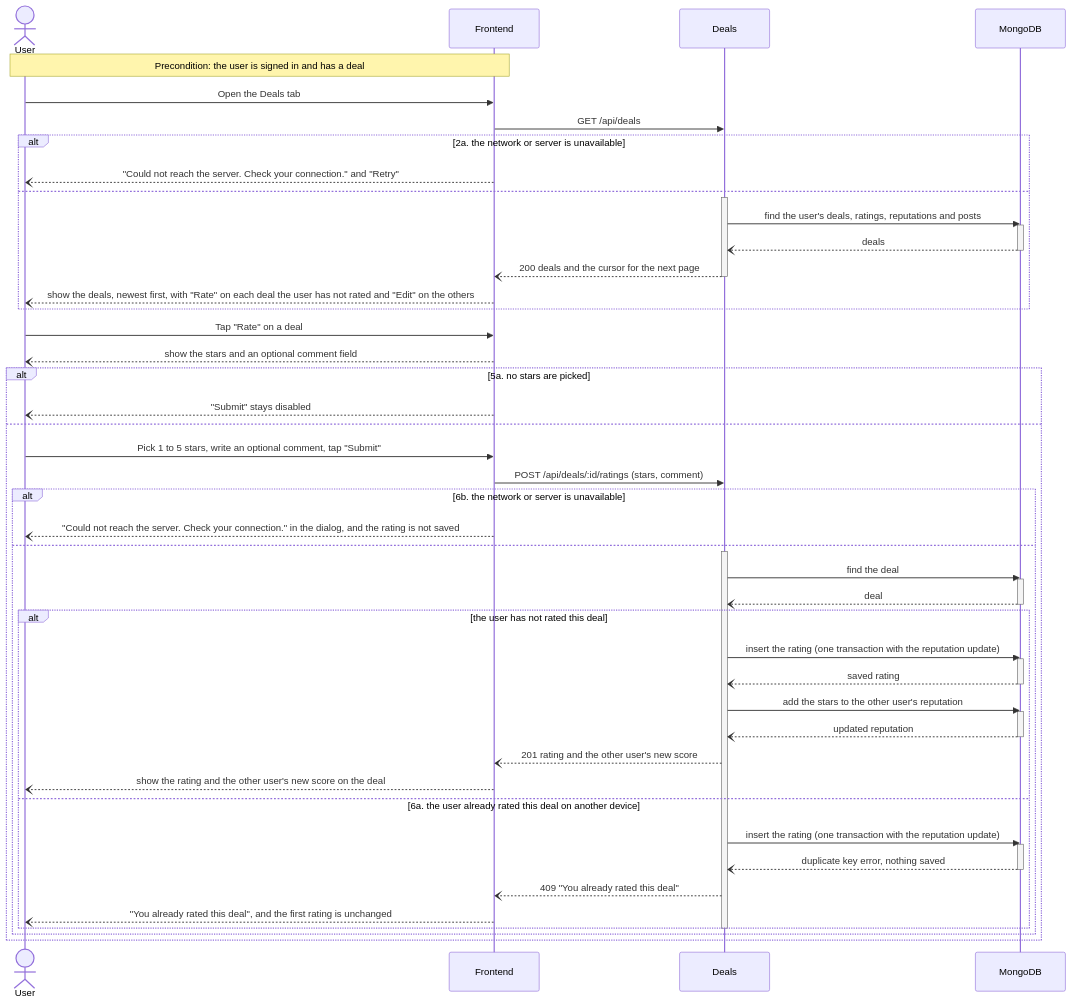
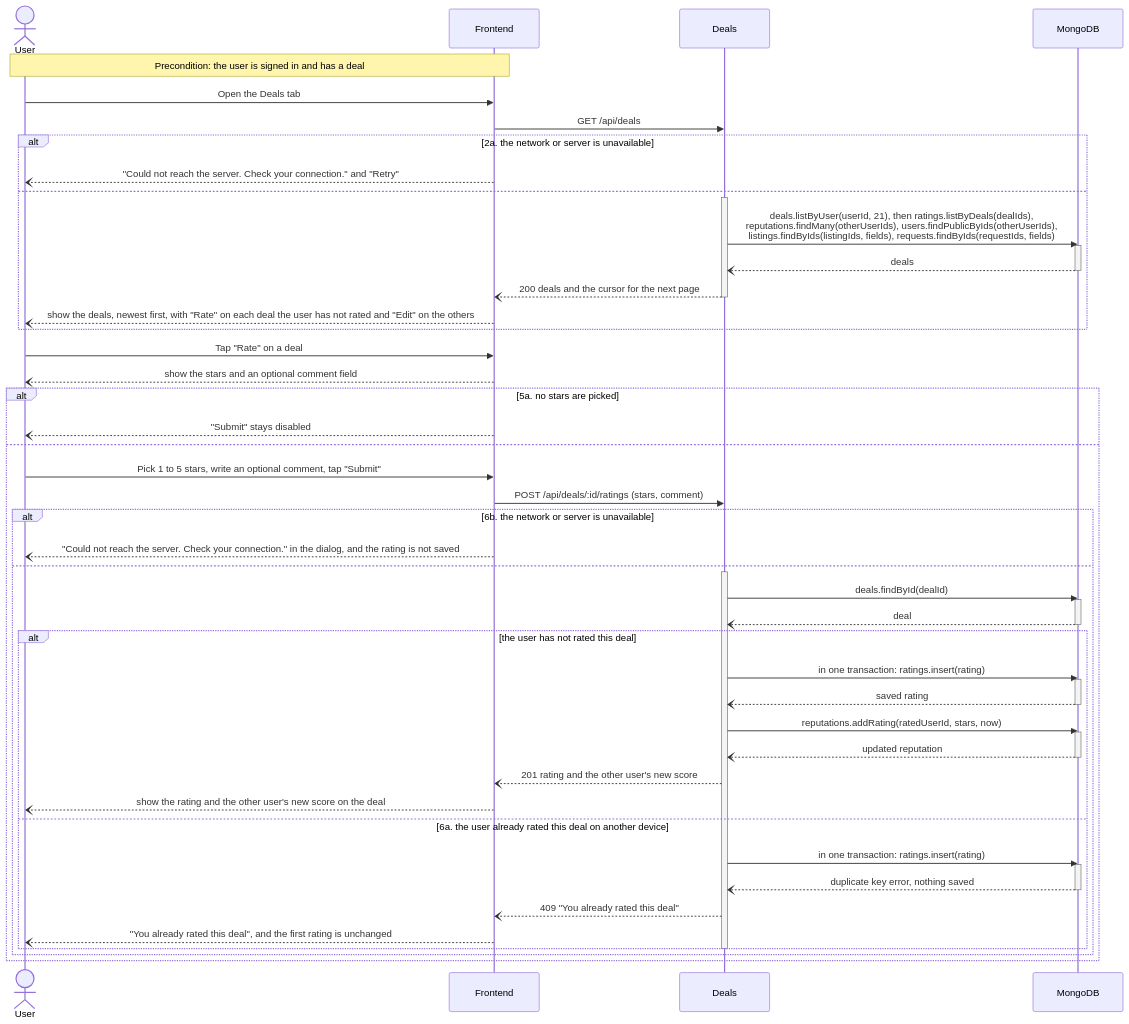
One commit to m1lun/MatchMarket changed the third of 6 diagrams in documentation/Requirements_and_Design.md. Above: the diagram before and after it, drawn with Mermaid. The commit also changed other lines of this file, not shown here.

Commit message:
docs: show the database calls in the sequence diagrams in Java style

````diff
--- a/documentation/Requirements_and_Design.md
+++ b/documentation/Requirements_and_Design.md
@@ -597,59 +598,59 @@
 ```mermaid
 sequenceDiagram
     actor U as User
     participant FE as Frontend
     participant D as Deals
     participant DB as MongoDB
     Note over U,FE: Precondition: the user is signed in and has a deal
     U->>FE: Open the Deals tab
     FE->>D: GET /api/deals
     alt 2a. the network or server is unavailable
         FE--)U: "Could not reach the server. Check your connection." and "Retry"
     else
         activate D
-        D->>DB: find the user's deals, ratings, reputations and posts
+        D->>DB: deals.listByUser(userId, 21), then ratings.listByDeals(dealIds),<br/>reputations.findMany(otherUserIds), users.findPublicByIds(otherUserIds),<br/>listings.findByIds(listingIds, fields), requests.findByIds(requestIds, fields)
         activate DB
         DB--)D: deals
         deactivate DB
         D--)FE: 200 deals and the cursor for the next page
         deactivate D
         FE--)U: show the deals, newest first, with "Rate" on each deal the user has not rated and "Edit" on the others
     end
     U->>FE: Tap "Rate" on a deal
     FE--)U: show the stars and an optional comment field
     alt 5a. no stars are picked
         FE--)U: "Submit" stays disabled
     else
         U->>FE: Pick 1 to 5 stars, write an optional comment, tap "Submit"
         FE->>D: POST /api/deals/:id/ratings (stars, comment)
         alt 6b. the network or server is unavailable
             FE--)U: "Could not reach the server. Check your connection." in the dialog, and the rating is not saved
         else
             activate D
-            D->>DB: find the deal
+            D->>DB: deals.findById(dealId)
             activate DB
             DB--)D: deal
             deactivate DB
             alt the user has not rated this deal
-                D->>DB: insert the rating (one transaction with the reputation update)
+                D->>DB: in one transaction: ratings.insert(rating)
                 activate DB
                 DB--)D: saved rating
                 deactivate DB
-                D->>DB: add the stars to the other user's reputation
+                D->>DB: reputations.addRating(ratedUserId, stars, now)
                 activate DB
                 DB--)D: updated reputation
                 deactivate DB
                 D--)FE: 201 rating and the other user's new score
                 FE--)U: show the rating and the other user's new score on the deal
             else 6a. the user already rated this deal on another device
-                D->>DB: insert the rating (one transaction with the reputation update)
+                D->>DB: in one transaction: ratings.insert(rating)
                 activate DB
                 DB--)D: duplicate key error, nothing saved
                 deactivate DB
                 D--)FE: 409 "You already rated this deal"
                 FE--)U: "You already rated this deal", and the first rating is unchanged
             end
             deactivate D
         end
     end
 ```
````
